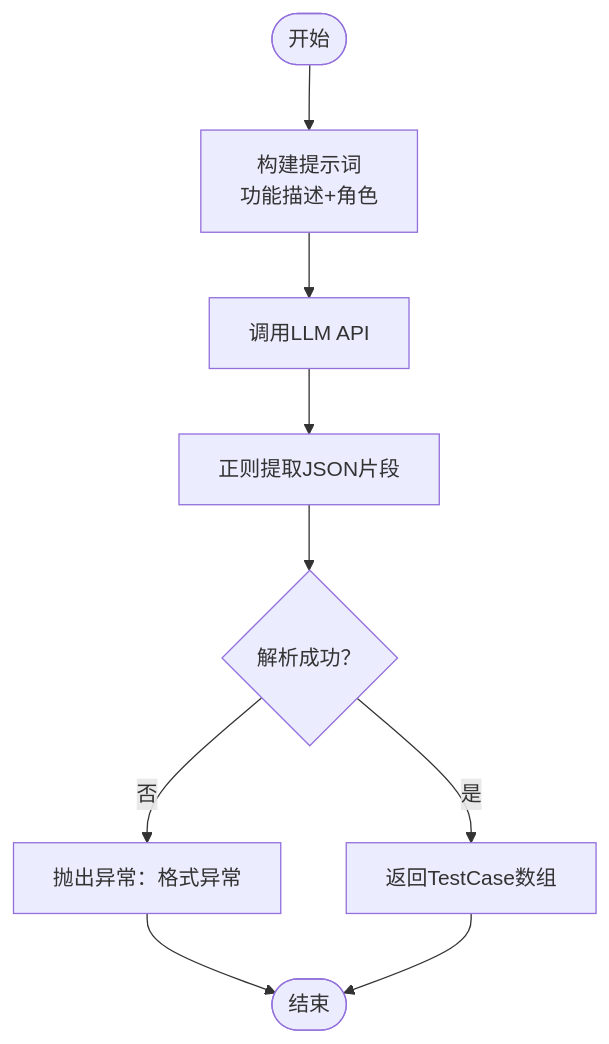
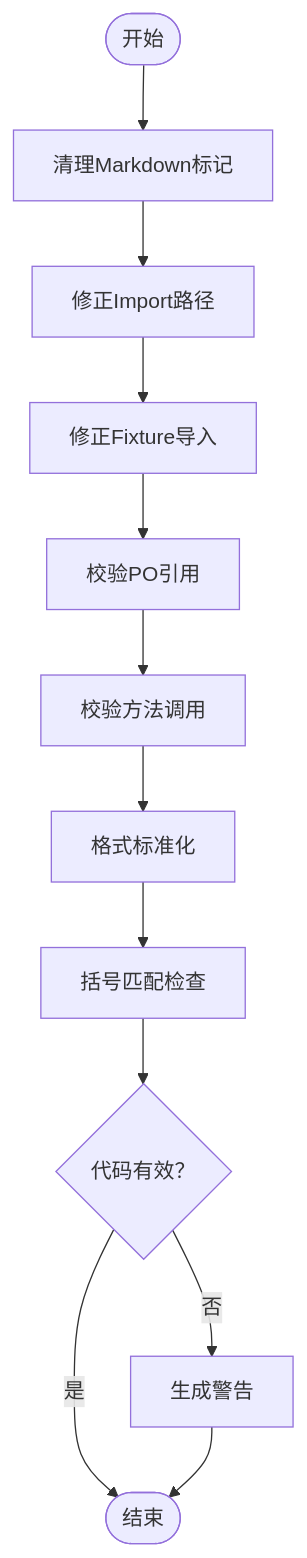
The fifth of 9 diagrams in .qoder/repowiki/zh/content/AI测试生成系统/AI测试脚本生成器.md (zzgoviziwind/--playwright), drawn with Mermaid before and after one commit. The commit also changed other lines of this file and 112 other files, not shown here.

````diff
--- a/.qoder/repowiki/zh/content/AI测试生成系统/AI测试脚本生成器.md
+++ b/.qoder/repowiki/zh/content/AI测试生成系统/AI测试脚本生成器.md
@@ -155,11 +277,14 @@
 ```mermaid
 flowchart TD
-Start(["开始"]) --> BuildPrompt["构建提示词<br/>功能描述+角色"]
-BuildPrompt --> CallLLM["调用LLM API"]
-CallLLM --> Parse["正则提取JSON片段"]
-Parse --> Validate{"解析成功？"}
-Validate --> |否| Error["抛出异常：格式异常"]
-Validate --> |是| Return["返回TestCase数组"]
-Error --> End(["结束"])
-Return --> End
+Start(["开始"]) --> Clean["清理Markdown标记"]
+Clean --> FixImport["修正Import路径"]
+FixImport --> FixFixture["修正Fixture导入"]
+FixFixture --> ValidatePO["校验PO引用"]
+ValidatePO --> ValidateMethod["校验方法调用"]
+ValidateMethod --> Normalize["格式标准化"]
+Normalize --> BracketCheck["括号匹配检查"]
+BracketCheck --> Valid{"代码有效？"}
+Valid --> |是| End(["结束"])
+Valid --> |否| Warn["生成警告"]
+Warn --> End
 ```
````
